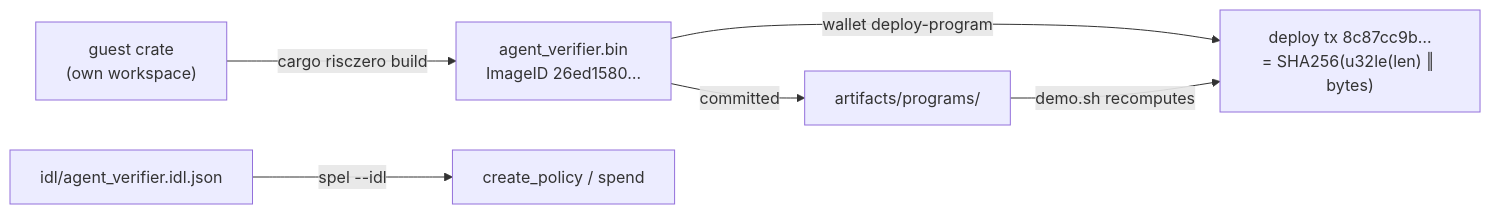
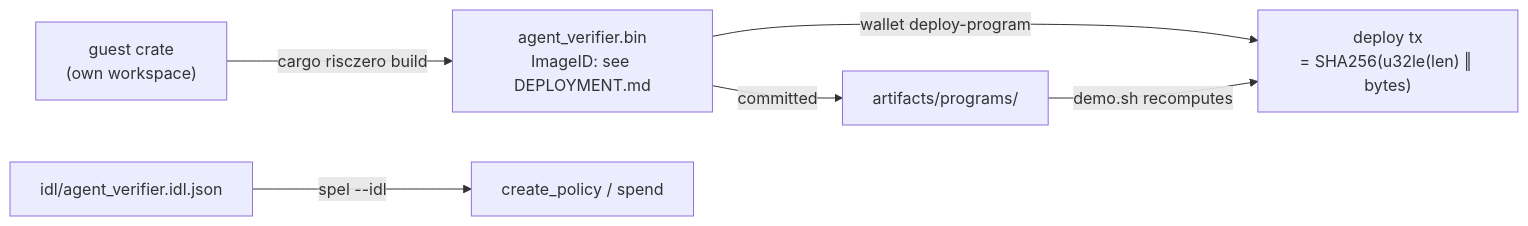
The fifth of 5 diagrams in docs/architecture.md (edenbd1/lp-0008-autonomous-agent-module), drawn with Mermaid before and after one commit. The commit also changed other lines of this file and 3 other files, not shown here.

````diff
--- a/docs/architecture.md
+++ b/docs/architecture.md
@@ -364,8 +364,8 @@
 ```mermaid
 flowchart LR
-    G["guest crate<br/>(own workspace)"] -->|cargo risczero build| ELF["agent_verifier.bin<br/>ImageID 26ed1580…"]
-    ELF -->|wallet deploy-program| TX["deploy tx 8c87cc9b…<br/>= SHA256(u32le(len) ‖ bytes)"]
+    G["guest crate<br/>(own workspace)"] -->|cargo risczero build| ELF["agent_verifier.bin<br/>ImageID: see DEPLOYMENT.md"]
+    ELF -->|wallet deploy-program| TX["deploy tx<br/>= SHA256(u32le(len) ‖ bytes)"]
     ELF -->|committed| ART["artifacts/programs/"]
     ART -->|demo.sh recomputes| TX
     IDL["idl/agent_verifier.idl.json"] -->|spel --idl| CALL["create_policy / spend"]
 ```
````
